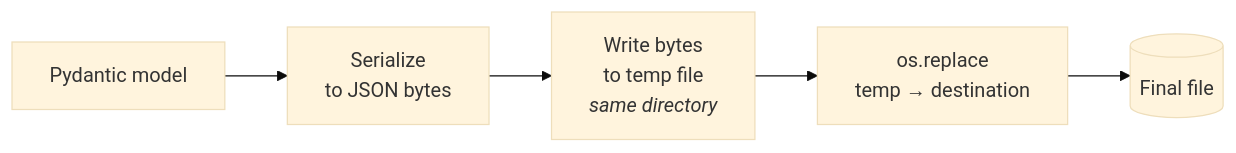
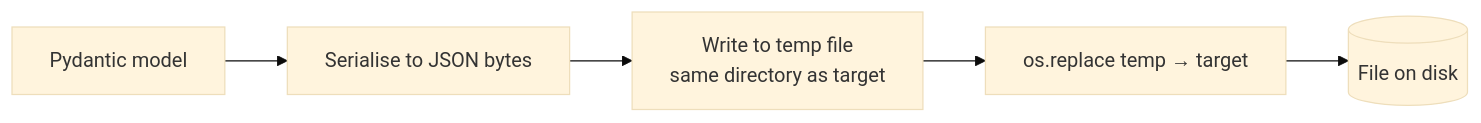
Before and after one commit to rick12000/vocalance: the second of 3 diagrams in docs/developer/foundations/storage.rst, drawn with Mermaid (base theme). The commit also changed other lines of this file and 30 other files, not shown here.

```diff
--- a/docs/developer/foundations/storage.rst
+++ b/docs/developer/foundations/storage.rst
@@ -74,7 +108,7 @@
 .. mermaid::
 
    flowchart LR
-       Model[Pydantic model] --> Bytes[Serialize<br/>to JSON bytes]
-       Bytes --> Tmp[Write bytes<br/>to temp file<br/><i>same directory</i>]
-       Tmp --> Repl[os.replace<br/>temp → destination]
-       Repl --> Done[(Final file)]
+       Model[Pydantic model] --> Bytes[Serialise to JSON bytes]
+       Bytes --> Tmp[Write to temp file<br/>same directory as target]
+       Tmp --> Rename[os.replace temp → target]
+       Rename --> Done[(File on disk)]
```
